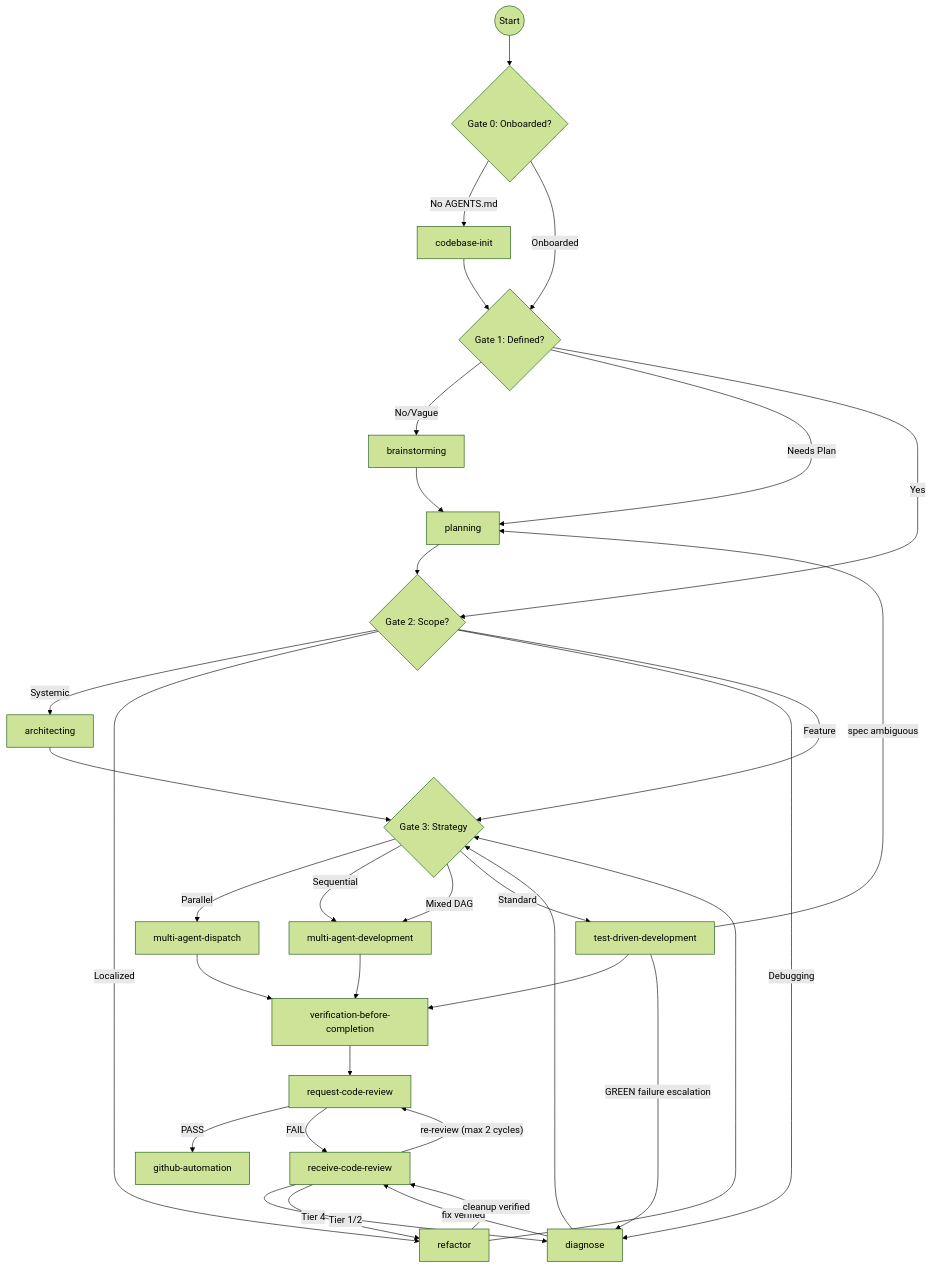
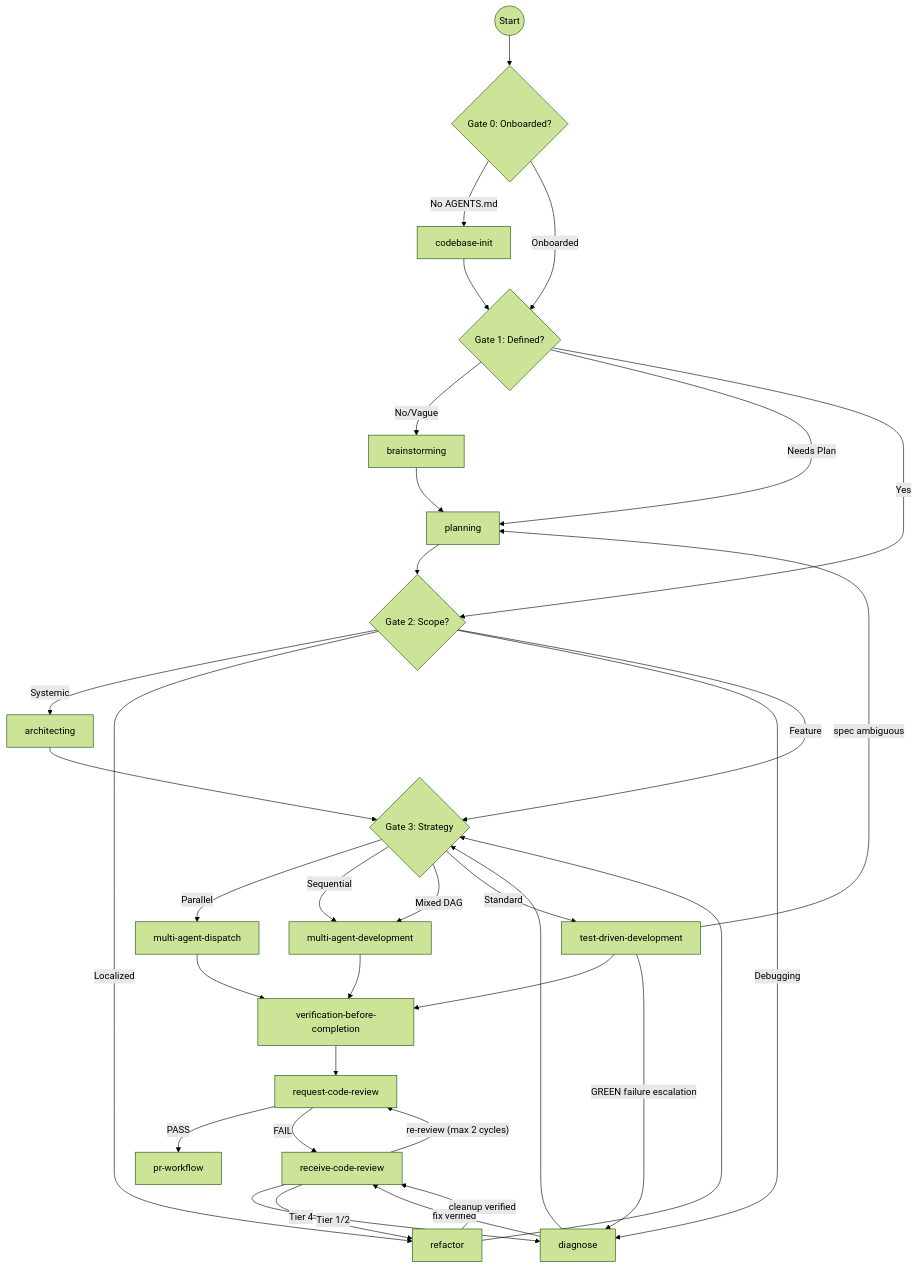
Before and after one commit to j0hanz/claude-agent-dev-plugin: the diagram in skills/using-agent-dev-skills/references/lifecycle.md, drawn with Mermaid (forest theme). The commit also changed 19 other files, not shown here.

````diff
--- a/skills/using-agent-dev-skills/references/lifecycle.md
+++ b/skills/using-agent-dev-skills/references/lifecycle.md
@@ -5,42 +5,42 @@
 ```mermaid
 graph TD
     Start((Start)) --> G0{Gate 0: Onboarded?}
     G0 -- No AGENTS.md --> INIT[codebase-init]
     G0 -- Onboarded --> G1{Gate 1: Defined?}
     INIT --> G1
     G1 -- No/Vague --> B[brainstorming]
     G1 -- Needs Plan --> P[planning]
     G1 -- Yes --> G2{Gate 2: Scope?}
 
     B --> P
     P --> G2
 
     G2 -- Systemic --> ARC[architecting]
     G2 -- Localized --> REF[refactor]
     G2 -- Debugging --> DIAG[diagnose]
     G2 -- Feature --> G3{Gate 3: Strategy}
 
     ARC --> G3
     REF --> G3
     DIAG --> G3
 
     G3 -- Parallel --> MAD[multi-agent-dispatch]
     G3 -- Sequential --> MDEV[multi-agent-development]
     G3 -- "Mixed DAG" --> MDEV
     G3 -- Standard --> TDD[test-driven-development]
 
     MAD --> V[verification-before-completion]
     MDEV --> V
     TDD --> V
 
     V --> RCR[request-code-review]
-    RCR -- PASS --> GH[github-automation]
+    RCR -- PASS --> SHIP[pr-workflow]
     RCR -- FAIL --> RECV[receive-code-review]
     RECV -- "Tier 1/2" --> DIAG
     RECV -- "Tier 4" --> REF
     DIAG -- "fix verified" --> RECV
     REF -- "cleanup verified" --> RECV
     RECV -- "re-review (max 2 cycles)" --> RCR
     TDD -- "GREEN failure escalation" --> DIAG
     TDD -- "spec ambiguous" --> P
 ```
````
